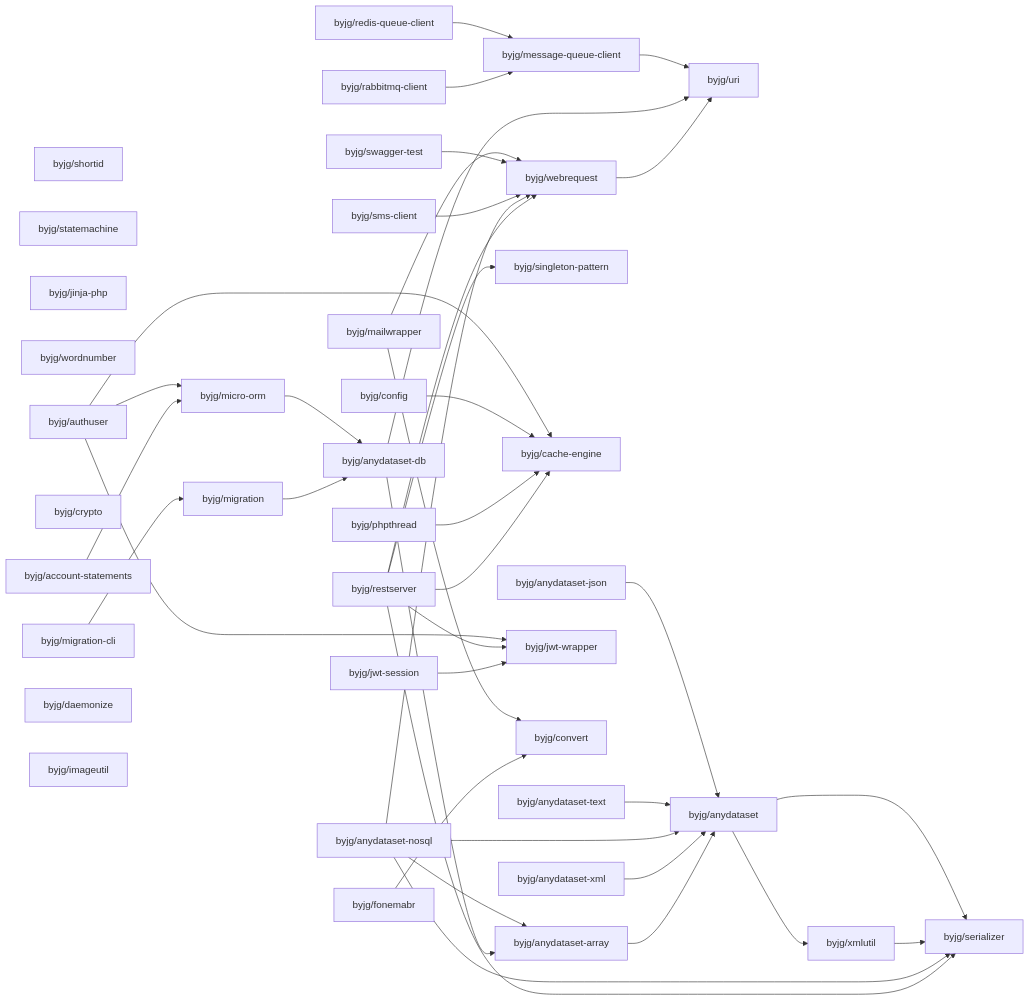
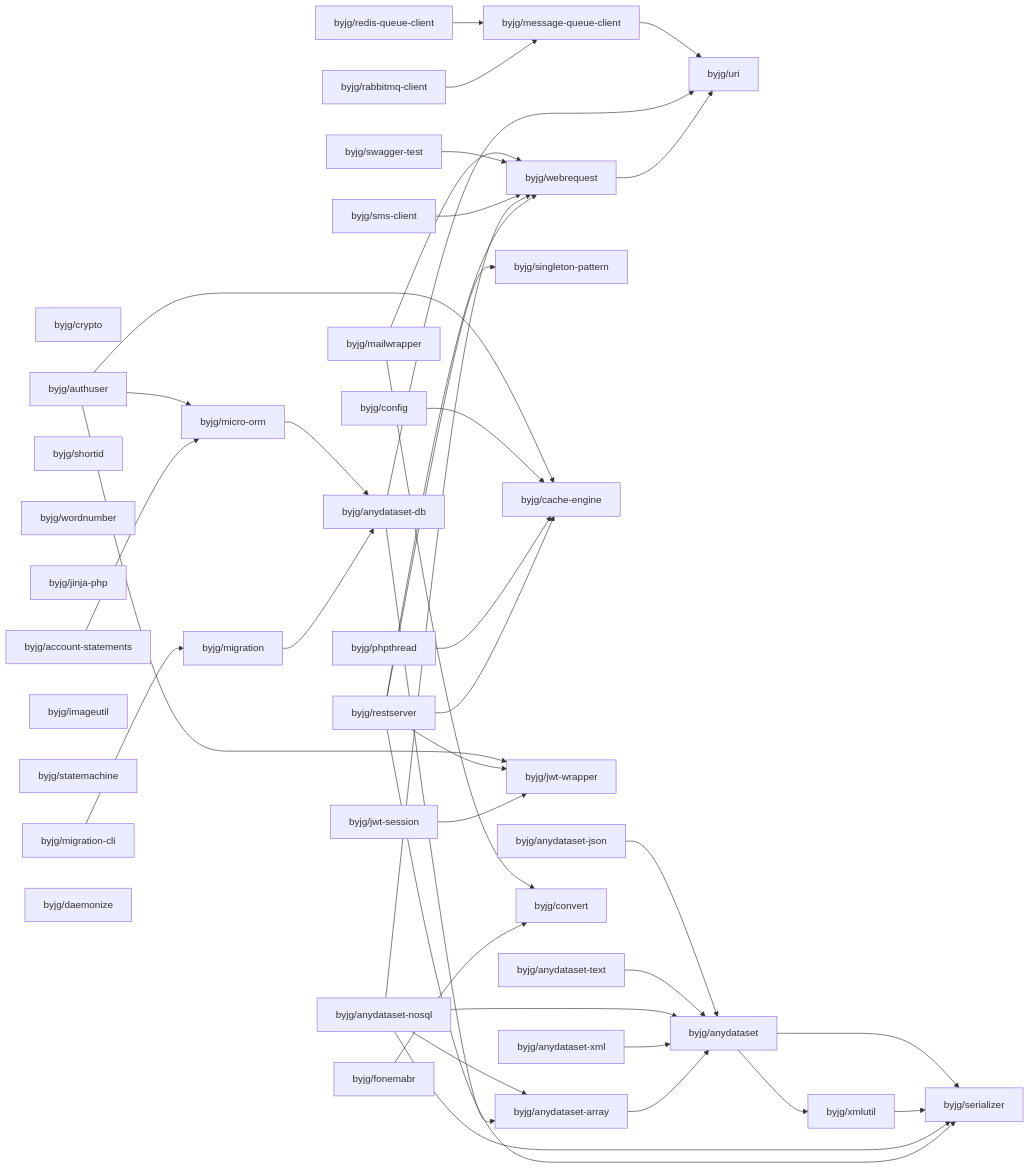
One commit to byjg/byjg.github.io changed the diagram in docs/php/README.md. Above: the diagram before and after it, drawn with Mermaid. The commit also changed other lines of this file and 10 other files, not shown here.

Commit message:
Update documentation 'php' 'php-anydataset-db'

````diff
--- a/docs/php/README.md
+++ b/docs/php/README.md
@@ -3,78 +3,78 @@
 ```mermaid
 graph LR;
+  byjg/redis-queue-client;
+  byjg/phpthread;
   byjg/anydataset-text;
+  byjg/crypto;
+  byjg/authuser;
+  byjg/jwt-session;
+  byjg/swagger-test;
+  byjg/config;
+  byjg/fonemabr;
   byjg/shortid;
-  byjg/config;
+  byjg/restserver;
+  byjg/wordnumber;
+  byjg/jinja-php;
+  byjg/account-statements;
+  byjg/rabbitmq-client;
+  byjg/mailwrapper;
+  byjg/anydataset-json;
   byjg/anydataset-xml;
+  byjg/imageutil;
   byjg/statemachine;
   byjg/sms-client;
-  byjg/jinja-php;
-  byjg/wordnumber;
-  byjg/phpthread;
-  byjg/swagger-test;
-  byjg/authuser;
-  byjg/crypto;
-  byjg/mailwrapper;
-  byjg/anydataset-nosql;
-  byjg/account-statements;
   byjg/migration-cli;
   byjg/daemonize;
-  byjg/rabbitmq-client;
-  byjg/jwt-session;
-  byjg/restserver;
-  byjg/anydataset-json;
-  byjg/imageutil;
-  byjg/fonemabr;
-  byjg/redis-queue-client;
-  byjg/micro-orm;
-  byjg/migration;
+  byjg/anydataset-nosql;
   byjg/singleton-pattern;
   byjg/cache-engine;
+  byjg/jwt-wrapper;
+  byjg/micro-orm;
+  byjg/message-queue-client;
+  byjg/convert;
+  byjg/migration;
   byjg/webrequest;
-  byjg/jwt-wrapper;
-  byjg/convert;
-  byjg/message-queue-client;
   byjg/anydataset-db;
   byjg/anydataset-array;
   byjg/uri;
   byjg/anydataset;
   byjg/xmlutil;
   byjg/serializer;
   byjg/account-statements --> byjg/micro-orm;
   byjg/fonemabr --> byjg/convert;
   byjg/webrequest --> byjg/uri;
   byjg/anydataset-array --> byjg/anydataset;
   byjg/anydataset-xml --> byjg/anydataset;
   byjg/rabbitmq-client --> byjg/message-queue-client;
   byjg/redis-queue-client --> byjg/message-queue-client;
   byjg/jwt-session --> byjg/jwt-wrapper;
   byjg/anydataset-db --> byjg/anydataset-array;
   byjg/anydataset-db --> byjg/uri;
   byjg/restserver --> byjg/serializer;
   byjg/restserver --> byjg/singleton-pattern;
   byjg/restserver --> byjg/cache-engine;
   byjg/restserver --> byjg/webrequest;
   byjg/restserver --> byjg/jwt-wrapper;
   byjg/migration --> byjg/anydataset-db;
   byjg/anydataset-nosql --> byjg/anydataset;
   byjg/anydataset-nosql --> byjg/anydataset-array;
   byjg/anydataset-nosql --> byjg/serializer;
   byjg/anydataset-nosql --> byjg/webrequest;
   byjg/phpthread --> byjg/cache-engine;
   byjg/sms-client --> byjg/webrequest;
   byjg/swagger-test --> byjg/webrequest;
   byjg/migration-cli --> byjg/migration;
   byjg/config --> byjg/cache-engine;
   byjg/anydataset-text --> byjg/anydataset;
   byjg/micro-orm --> byjg/anydataset-db;
   byjg/authuser --> byjg/micro-orm;
   byjg/authuser --> byjg/cache-engine;
   byjg/authuser --> byjg/jwt-wrapper;
   byjg/anydataset-json --> byjg/anydataset;
   byjg/mailwrapper --> byjg/convert;
   byjg/mailwrapper --> byjg/webrequest;
   byjg/xmlutil --> byjg/serializer;
   byjg/anydataset --> byjg/serializer;
   byjg/anydataset --> byjg/xmlutil;
   byjg/message-queue-client --> byjg/uri;
 ```
````
